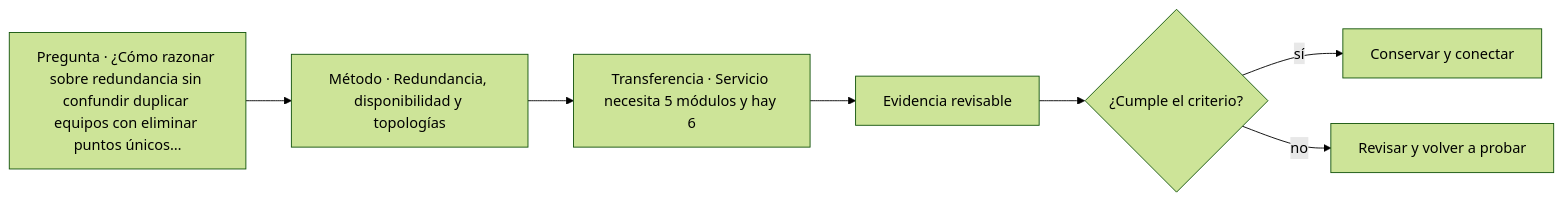
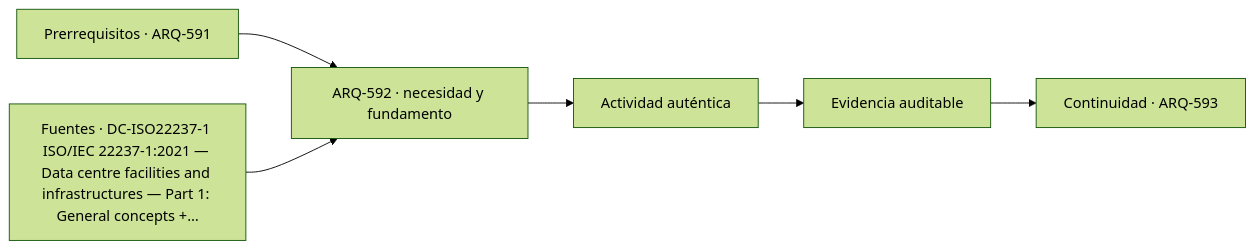
One commit to vladimiracunadev-create/architecture-built-environment-learning-program changed the diagram in classes/parte-60/ARQ-592.md. Above: the diagram before and after it, drawn with Mermaid (forest theme). The commit also changed other lines of this file and 761 other files, not shown here.

````diff
--- a/classes/parte-60/ARQ-592.md
+++ b/classes/parte-60/ARQ-592.md
@@ -93,9 +105,8 @@
 ```mermaid
 flowchart LR
-    Q["Pregunta · ¿Cómo razonar sobre redundancia sin confundir duplicar equipos con eliminar puntos únicos…"] --> M["Método · Redundancia, disponibilidad y topologías"]
-    M --> P["Transferencia · Servicio necesita 5 módulos y hay 6"]
-    P --> E["Evidencia revisable"]
-    E --> C{"¿Cumple el criterio?"}
-    C -->|sí| T["Conservar y conectar"]
-    C -->|no| R["Revisar y volver a probar"]
+    A["Prerrequisitos · ARQ-591"] --> B["ARQ-592 · necesidad y fundamento"]
+    S["Fuentes · DC-ISO22237-1 ISO/IEC 22237-1:2021 — Data centre facilities and infrastructures — Part 1: General concepts +…"] --> B
+    B --> C["Actividad auténtica"]
+    C --> D["Evidencia auditable"]
+    D --> E["Continuidad · ARQ-593"]
 ```
````
